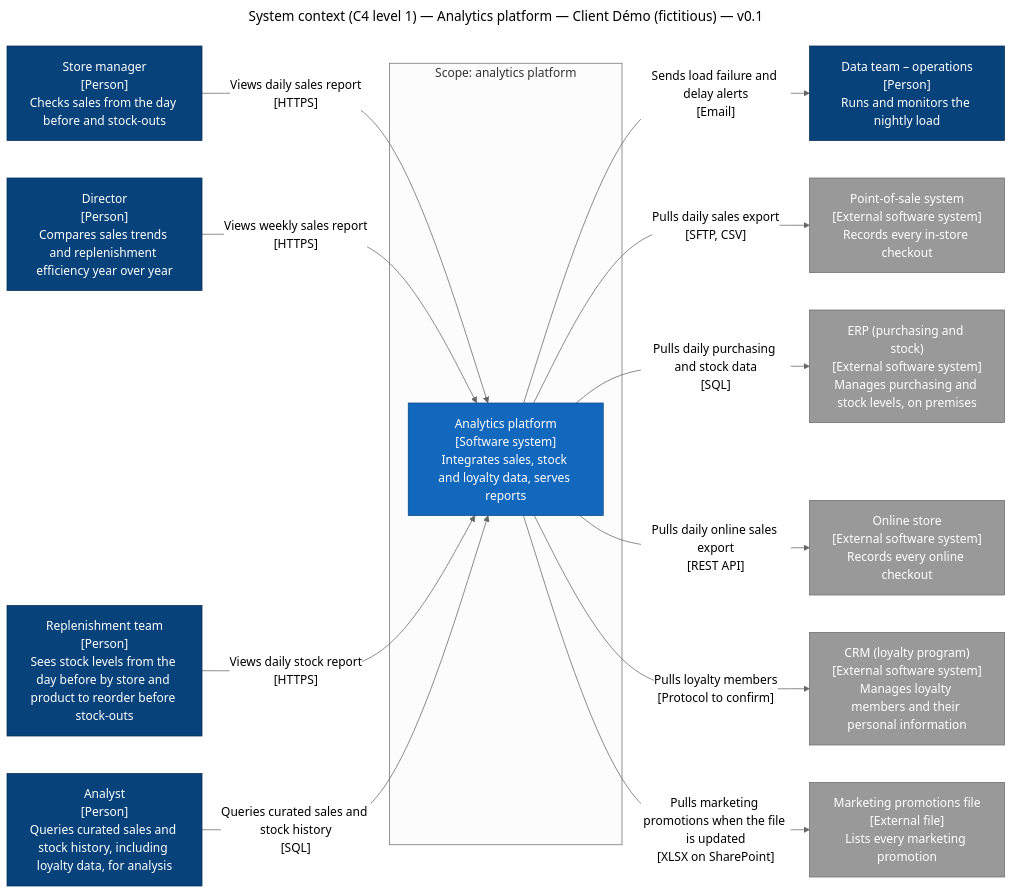
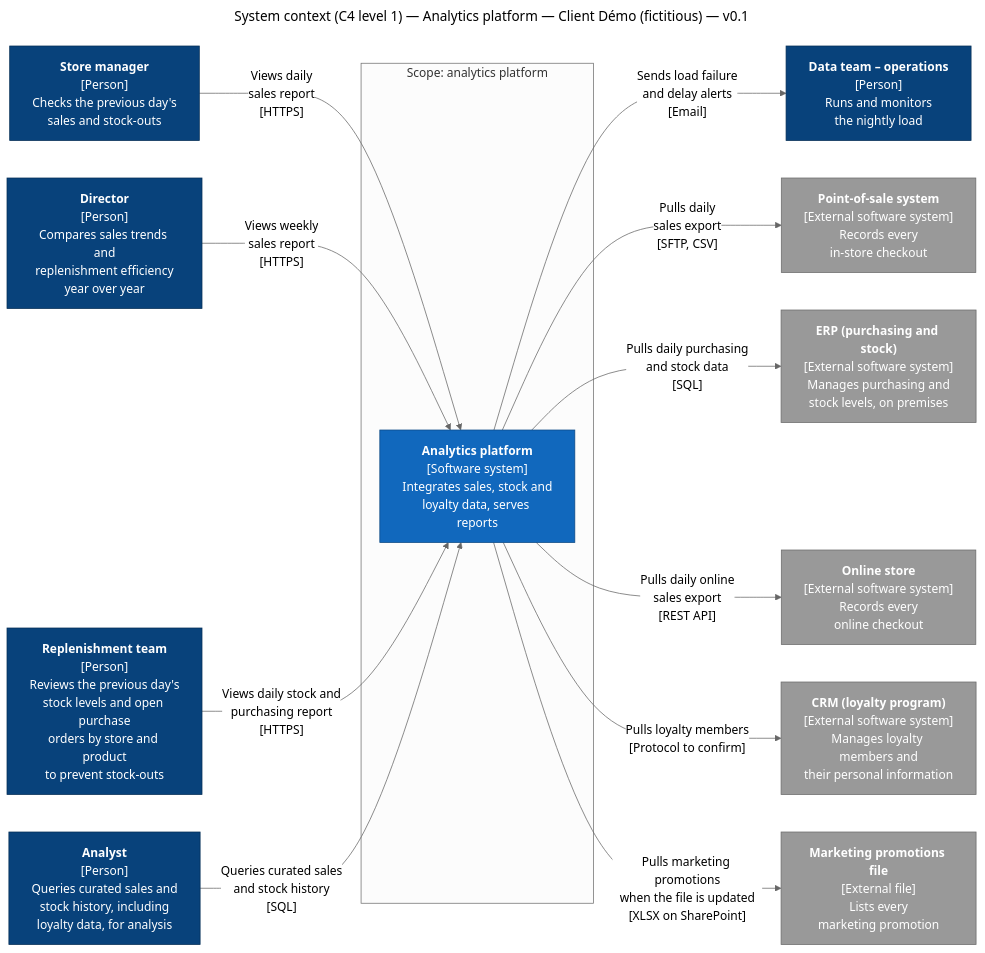
Before and after one commit to EBENEZERMACLEAN/presales-architecture-kit: the first of 2 diagrams in docs/architecture/architecture-document.md, drawn with Mermaid (neutral theme). The commit also changed other lines of this file, not shown here.

Commit message:
docs: add architecture principles and container diagram

```diff
--- a/docs/architecture/architecture-document.md
+++ b/docs/architecture/architecture-document.md
@@ -61,35 +61,35 @@
 ~~~mermaid
 ---
 title: "System context (C4 level 1) — Analytics platform — Client Démo (fictitious) — v0.1"
 ---
 flowchart LR
-  manager["Store manager<br/>[Person]<br/>Checks sales from the day before and stock-outs"]
-  director["Director<br/>[Person]<br/>Compares sales trends and replenishment efficiency year over year"]
-  replenishment["Replenishment team<br/>[Person]<br/>Sees stock levels from the day before by store and product to reorder before stock-outs"]
-  analyst["Analyst<br/>[Person]<br/>Queries curated sales and stock history, including loyalty data, for analysis"]
-  dataops["Data team – operations<br/>[Person]<br/>Runs and monitors the nightly load"]
+  manager["<b>Store manager</b><br/>[Person]<br/>Checks the previous day's<br/>sales and stock-outs"]
+  director["<b>Director</b><br/>[Person]<br/>Compares sales trends and<br/>replenishment efficiency<br/>year over year"]
+  replenishment["<b>Replenishment team</b><br/>[Person]<br/>Reviews the previous day's<br/>stock levels and open purchase<br/>orders by store and product<br/>to prevent stock-outs"]
+  analyst["<b>Analyst</b><br/>[Person]<br/>Queries curated sales and<br/>stock history, including<br/>loyalty data, for analysis"]
+  dataops["<b>Data team – operations</b><br/>[Person]<br/>Runs and monitors<br/>the nightly load"]
   subgraph scope["Scope: analytics platform"]
-    platform["Analytics platform<br/>[Software system]<br/>Integrates sales, stock and loyalty data, serves reports"]
+    platform["<b>Analytics platform</b><br/>[Software system]<br/>Integrates sales, stock and<br/>loyalty data, serves reports"]
   end
-  pos["Point-of-sale system<br/>[External software system]<br/>Records every in-store checkout"]
-  erp["ERP (purchasing and stock)<br/>[External software system]<br/>Manages purchasing and stock levels, on premises"]
-  ols["Online store<br/>[External software system]<br/>Records every online checkout"]
-  crm["CRM (loyalty program)<br/>[External software system]<br/>Manages loyalty members and their personal information"]
-  xlsx["Marketing promotions file<br/>[External file]<br/>Lists every marketing promotion"]
-  manager -- "Views daily sales report<br/>[HTTPS]" --> platform
-  director -- "Views weekly sales report<br/>[HTTPS]" --> platform
-  replenishment -- "Views daily stock report<br/>[HTTPS]" --> platform
-  analyst -- "Queries curated sales and stock history<br/>[SQL]" --> platform
-  platform -- "Sends load failure and delay alerts<br/>[Email]" --> dataops
-  platform -- "Pulls daily sales export<br/>[SFTP, CSV]" --> pos
-  platform -- "Pulls daily purchasing and stock data<br/>[SQL]" --> erp
-  platform -- "Pulls daily online sales export<br/>[REST API]" --> ols
+  pos["<b>Point-of-sale system</b><br/>[External software system]<br/>Records every<br/>in-store checkout"]
+  erp["<b>ERP (purchasing and stock)</b><br/>[External software system]<br/>Manages purchasing and<br/>stock levels, on premises"]
+  ols["<b>Online store</b><br/>[External software system]<br/>Records every<br/>online checkout"]
+  crm["<b>CRM (loyalty program)</b><br/>[External software system]<br/>Manages loyalty members and<br/>their personal information"]
+  xlsx["<b>Marketing promotions file</b><br/>[External file]<br/>Lists every<br/>marketing promotion"]
+  manager -- "Views daily<br/>sales report<br/>[HTTPS]" --> platform
+  director -- "Views weekly<br/>sales report<br/>[HTTPS]" --> platform
+  replenishment -- "Views daily stock and<br/>purchasing report<br/>[HTTPS]" --> platform
+  analyst -- "Queries curated sales<br/>and stock history<br/>[SQL]" --> platform
+  platform -- "Sends load failure<br/>and delay alerts<br/>[Email]" --> dataops
+  platform -- "Pulls daily<br/>sales export<br/>[SFTP, CSV]" --> pos
+  platform -- "Pulls daily purchasing<br/>and stock data<br/>[SQL]" --> erp
+  platform -- "Pulls daily online<br/>sales export<br/>[REST API]" --> ols
   platform -- "Pulls loyalty members<br/>[Protocol to confirm]" --> crm
-  platform -- "Pulls marketing promotions when the file is updated<br/>[XLSX on SharePoint]" --> xlsx
+  platform -- "Pulls marketing promotions<br/>when the file is updated<br/>[XLSX on SharePoint]" --> xlsx
   classDef person fill:#08427b,color:#ffffff,stroke:#052e56
   classDef system fill:#1168bd,color:#ffffff,stroke:#0b4884
   classDef external fill:#999999,color:#ffffff,stroke:#6b6b6b
   class manager,director,replenishment,analyst,dataops person
   class platform system
   class pos,erp,ols,crm,xlsx external
 ~~~
```
